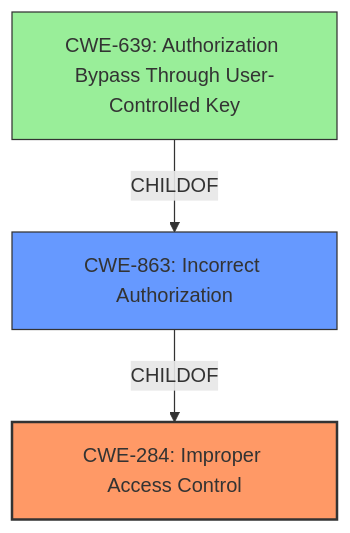
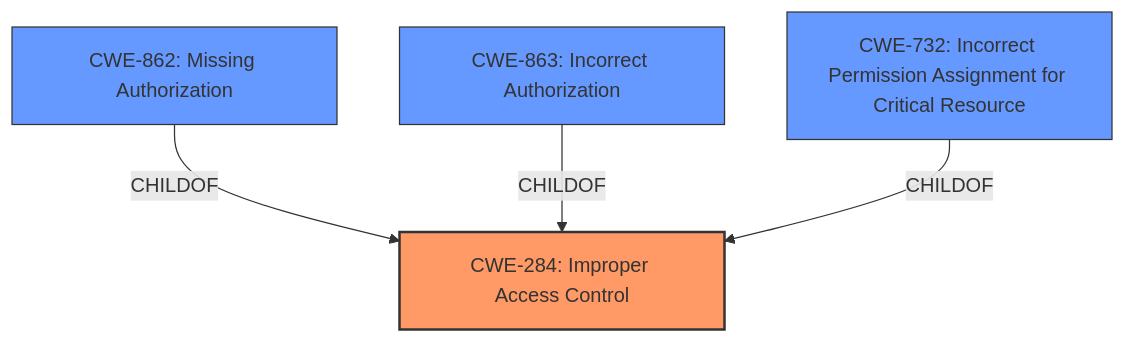
One commit to CyberSecAI/cwe_agent_assign_reports_2023 changed the diagram in CVE-2021-22941/CVE-2021-22941_analysis.md. Above: the diagram before and after it, drawn with Mermaid. The commit also changed other lines of this file and 902 other files, not shown here.

````diff
--- a/CVE-2021-22941/CVE-2021-22941_analysis.md
+++ b/CVE-2021-22941/CVE-2021-22941_analysis.md
@@ -17,16 +16,17 @@
 ```mermaid
 graph TD
     cwe284["CWE-284: Improper Access Control"]
+    cwe862["CWE-862: Missing Authorization"]
     cwe863["CWE-863: Incorrect Authorization"]
-    cwe639["CWE-639: Authorization Bypass Through User-Controlled Key"]
+    cwe732["CWE-732: Incorrect Permission Assignment for Critical Resource"]
 
+    cwe862 -->|CHILDOF| cwe284
     cwe863 -->|CHILDOF| cwe284
-    cwe639 -->|CHILDOF| cwe863
+    cwe732 -->|CHILDOF| cwe284
 
     classDef primary fill:#f96,stroke:#333,stroke-width:2px
     classDef secondary fill:#69f,stroke:#333
     classDef tertiary fill:#9e9,stroke:#333
     class cwe284 primary
-    class cwe863 secondary
-    class cwe639 tertiary
+    class cwe862,cwe863,cwe732 secondary
 ```
````
